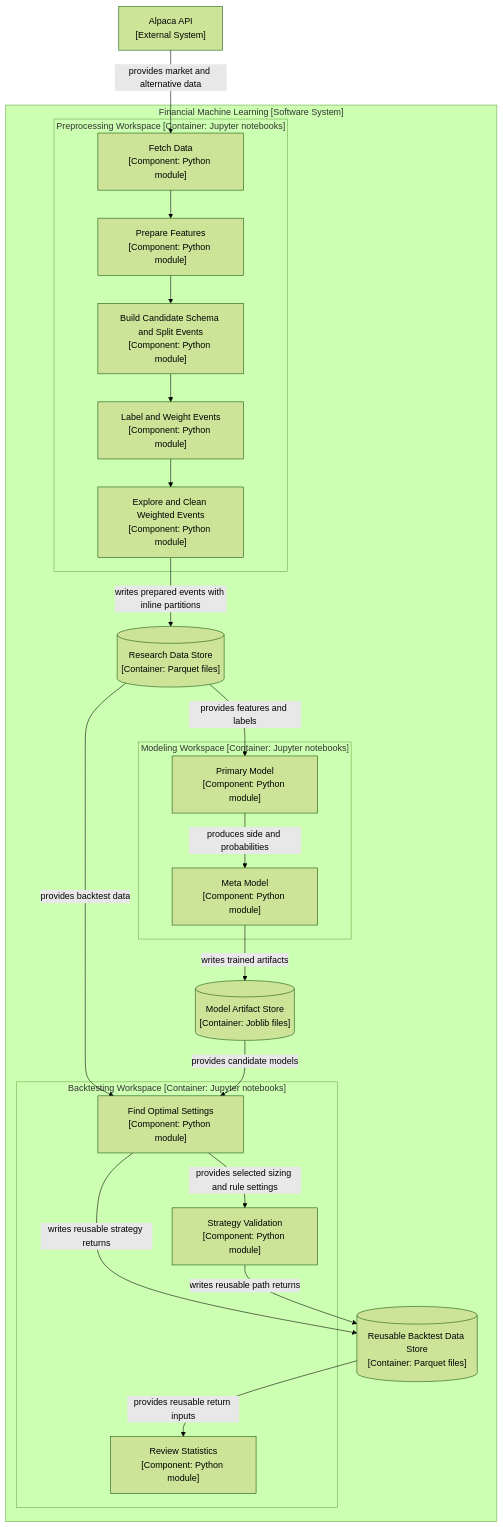
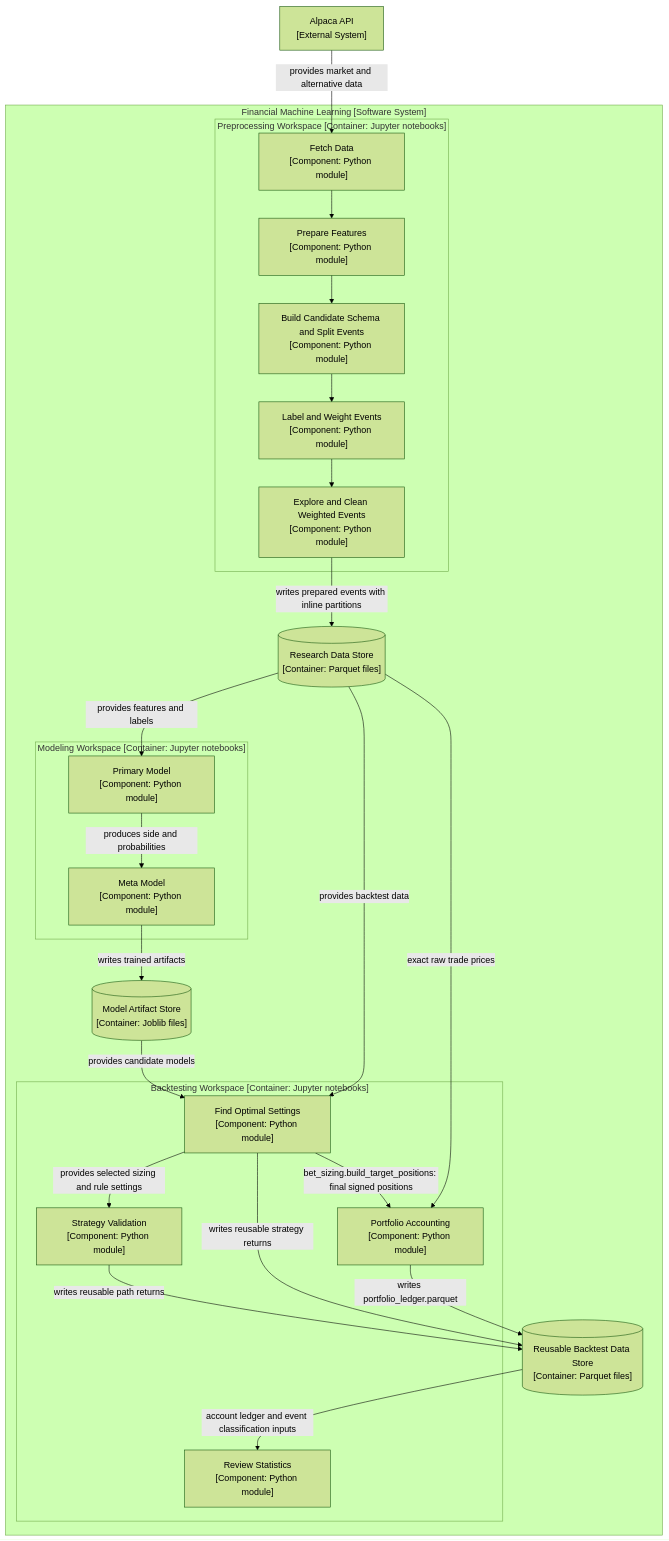
One commit to kwonjunhyuk9/financial-machine-learning changed the third of 3 diagrams in docs/architecture.md. Above: the diagram before and after it, drawn with Mermaid (forest theme). The commit also changed 13 other files, not shown here.

Commit message:
Implemented self-financing portfolio accounting and refined backtest statistics

````diff
--- a/docs/architecture.md
+++ b/docs/architecture.md
@@ -67,46 +67,50 @@
 ```mermaid
 flowchart TD
     alpaca["Alpaca API<br/>[External System]"]
 
     subgraph system["Financial Machine Learning [Software System]"]
         data_store[("Research Data Store<br/>[Container: Parquet files]")]
         model_store[("Model Artifact Store<br/>[Container: Joblib files]")]
         result_store[("Reusable Backtest Data Store<br/>[Container: Parquet files]")]
 
         subgraph preprocessing_workspace["Preprocessing Workspace [Container: Jupyter notebooks]"]
             fetch_data["Fetch Data<br/>[Component: Python module]"]
             prepare_data["Prepare Features<br/>[Component: Python module]"]
             split_events["Build Candidate Schema and Split Events<br/>[Component: Python module]"]
             label_events["Label and Weight Events<br/>[Component: Python module]"]
             clean_events["Explore and Clean Weighted Events<br/>[Component: Python module]"]
         end
 
         subgraph modeling_workspace["Modeling Workspace [Container: Jupyter notebooks]"]
             primary_model["Primary Model<br/>[Component: Python module]"]
             meta_model["Meta Model<br/>[Component: Python module]"]
         end
 
         subgraph backtesting_workspace["Backtesting Workspace [Container: Jupyter notebooks]"]
             find_settings["Find Optimal Settings<br/>[Component: Python module]"]
             strategy_validation["Strategy Validation<br/>[Component: Python module]"]
+            portfolio["Portfolio Accounting<br/>[Component: Python module]"]
             review_statistics["Review Statistics<br/>[Component: Python module]"]
         end
 
     end
 
     alpaca -->|" provides market and alternative data "| fetch_data
     fetch_data --> prepare_data
     prepare_data --> split_events
     split_events --> label_events
     label_events --> clean_events
     clean_events -->|" writes prepared events with inline partitions "| data_store
     data_store -->|" provides features and labels "| primary_model
     primary_model -->|" produces side and probabilities "| meta_model
     meta_model -->|" writes trained artifacts "| model_store
     data_store -->|" provides backtest data "| find_settings
     model_store -->|" provides candidate models "| find_settings
     find_settings -->|" provides selected sizing and rule settings "| strategy_validation
     find_settings -->|" writes reusable strategy returns "| result_store
+    find_settings -->|" bet_sizing.build_target_positions: final signed positions "| portfolio
+    data_store -->|" exact raw trade prices "| portfolio
+    portfolio -->|" writes portfolio_ledger.parquet "| result_store
     strategy_validation -->|" writes reusable path returns "| result_store
-    result_store -->|" provides reusable return inputs "| review_statistics
+    result_store -->|" account ledger and event classification inputs "| review_statistics
 ```
````
